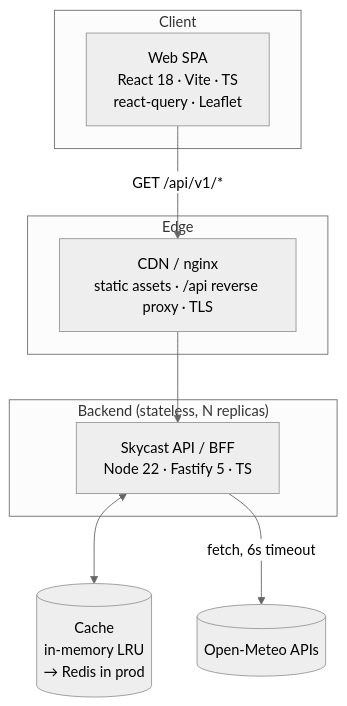
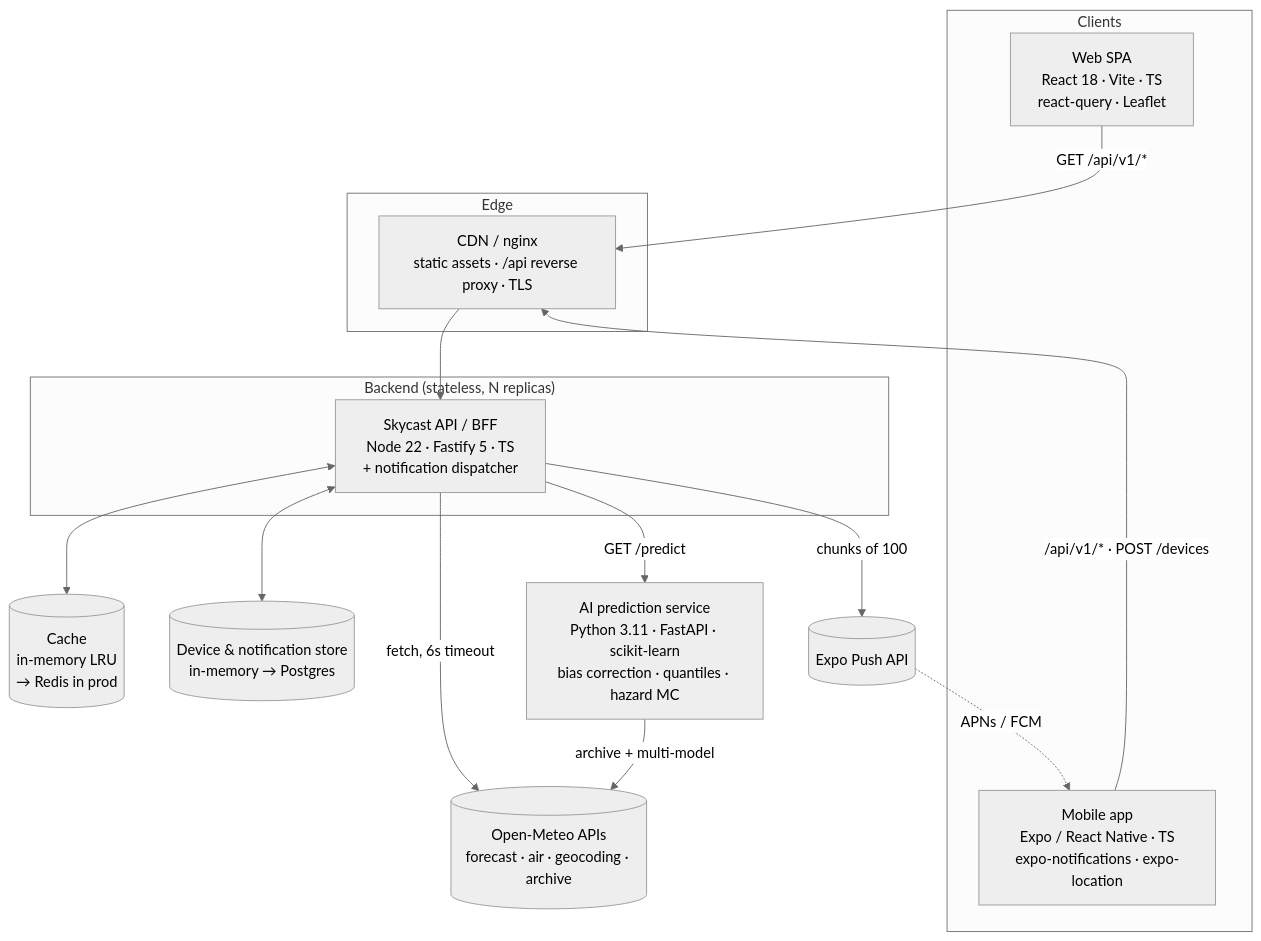
The second of 9 diagrams in weather/docs/SA.md (Uranbold/tweetbot), drawn with Mermaid (neutral theme) before and after one commit. The commit also changed other lines of this file and 3 other files, not shown here.

First line of the commit message:
Extend Skycast contract and BA/SA for AI prediction module and region push notifications

````diff
--- a/weather/docs/SA.md
+++ b/weather/docs/SA.md
@@ -45,17 +51,26 @@
 ```mermaid
 flowchart TB
-  subgraph Client
+  subgraph Clients
     spa[Web SPA<br/>React 18 · Vite · TS<br/>react-query · Leaflet]
+    app[Mobile app<br/>Expo / React Native · TS<br/>expo-notifications · expo-location]
   end
   subgraph Edge
     cdn[CDN / nginx<br/>static assets · /api reverse proxy · TLS]
   end
   subgraph Backend["Backend (stateless, N replicas)"]
-    api[Skycast API / BFF<br/>Node 22 · Fastify 5 · TS]
+    api[Skycast API / BFF<br/>Node 22 · Fastify 5 · TS<br/>+ notification dispatcher]
   end
+  ai[AI prediction service<br/>Python 3.11 · FastAPI · scikit-learn<br/>bias correction · quantiles · hazard MC]
   cache[(Cache<br/>in-memory LRU<br/>→ Redis in prod)]
-  om[(Open-Meteo APIs)]
+  store[(Device & notification store<br/>in-memory → Postgres)]
+  om[(Open-Meteo APIs<br/>forecast · air · geocoding · archive)]
+  expo[(Expo Push API)]
   spa -->|GET /api/v1/*| cdn --> api
+  app -->|/api/v1/* · POST /devices| cdn
   api <--> cache
+  api <--> store
   api -->|fetch, 6s timeout| om
+  api -->|GET /predict| ai
+  ai -->|archive + multi-model| om
+  api -->|chunks of 100| expo -.->|APNs / FCM| app
 ```
````
